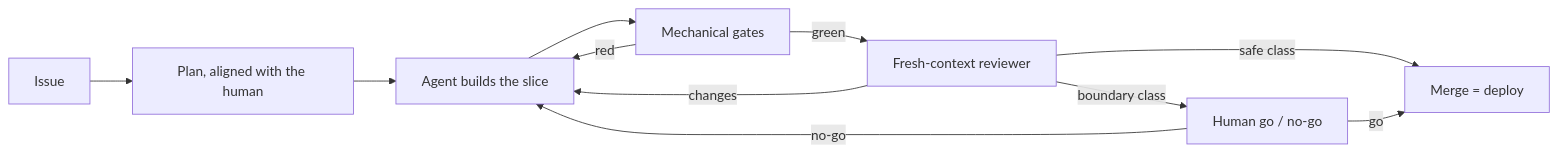
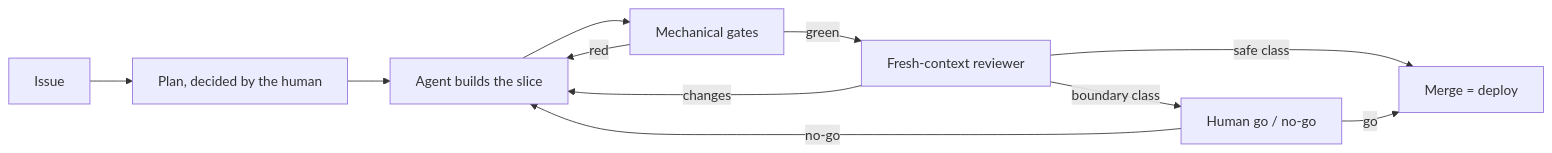
One commit to tedeuxx/tadeumendonca-io changed the second of 2 diagrams in apps/fed/src/content/architecture.en.md. Above: the diagram before and after it, drawn with Mermaid. The commit also changed other lines of this file and 2 other files, not shown here.

First line of the commit message:
content(fed): the figure said 'aligned with', which is the reading the paragraph exists to kill (#170)

````diff
--- a/apps/fed/src/content/architecture.en.md
+++ b/apps/fed/src/content/architecture.en.md
@@ -58,15 +58,15 @@
 ```mermaid
 flowchart LR
   accTitle: Where the human sits in the loop
   accDescr: An issue becomes a plan the human aligns on before any code is written. The agent builds the slice and runs the mechanical gates, which loop back on red. A fresh-context reviewer then judges the change and can send it back. Safe-class work it merges itself, and the merge is the deploy. Boundary-class work — infrastructure, the loop's own rules, publishing an article — routes to a human go or no-go, which is the last thing before production and can also return the work.
-  I["Issue"] --> P["Plan, aligned with the human"]
+  I["Issue"] --> P["Plan, decided by the human"]
   P --> B["Agent builds the slice"]
   B --> G["Mechanical gates"]
   G -- "red" --> B
   G -- "green" --> R["Fresh-context reviewer"]
   R -- "changes" --> B
   R -- "safe class" --> M["Merge = deploy"]
   R -- "boundary class" --> H["Human go / no-go"]
   H -- "go" --> M
   H -- "no-go" --> B
 ```
````
